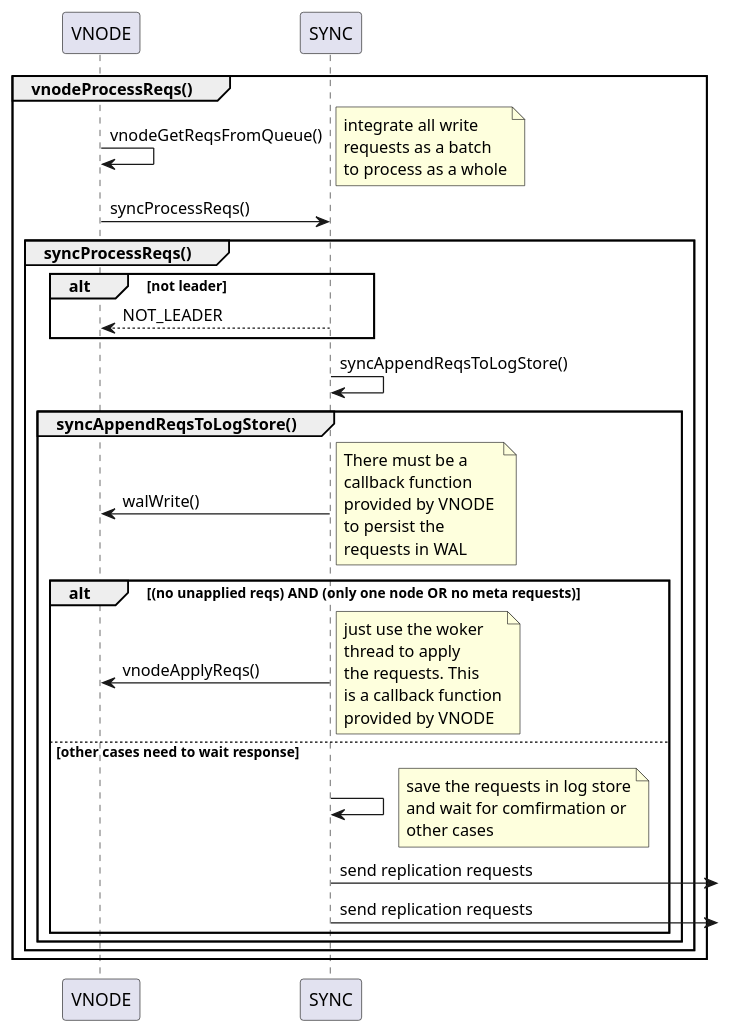
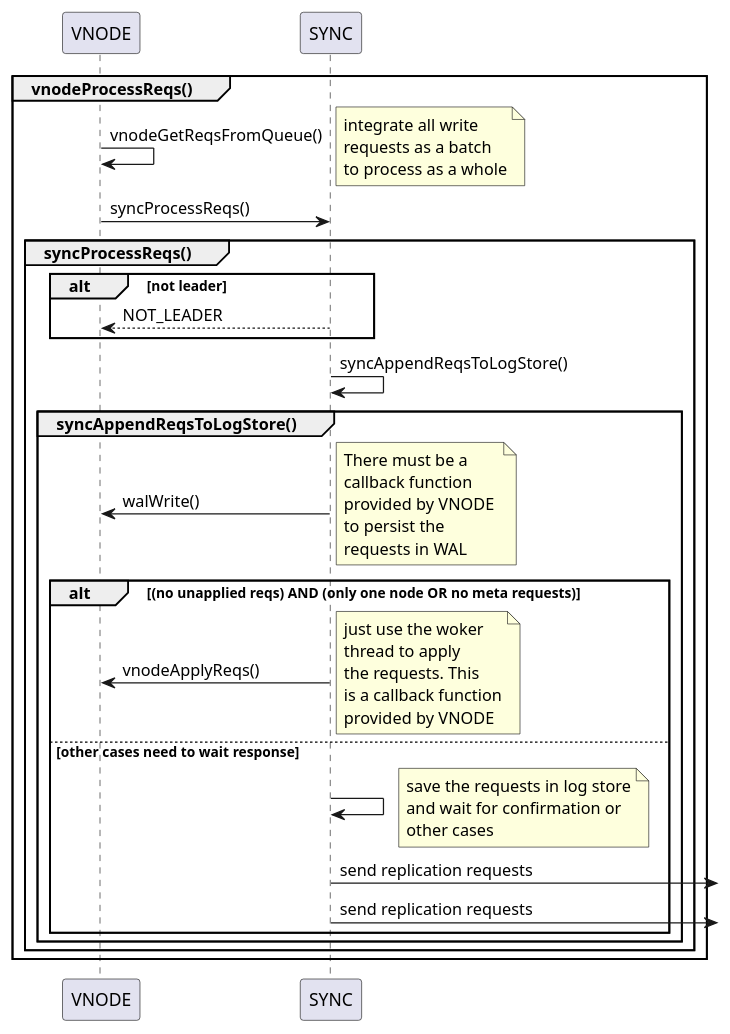
One commit to taosdata/TDengine changed the third of 4 diagrams in docs/doxgen/vnode_write.md. Above: the diagram before and after it, drawn with PlantUML. The commit also changed other lines of this file and 27 other files, not shown here.

````diff
--- a/docs/doxgen/vnode_write.md
+++ b/docs/doxgen/vnode_write.md
@@ -160,59 +160,59 @@
 ```plantuml
 @startuml vnodeProcessReqs()
 participant VNODE as v
 participant SYNC as s
 
 group vnodeProcessReqs()
     ' Group requests and get a request batch to process as a whole
     v -> v: vnodeGetReqsFromQueue()
     note right
     integrate all write
     requests as a batch
     to process as a whole
     end note
 
     ' VNODE call syncProcessReqs() function to process the batch request
     v -> s: syncProcessReqs()
 
     group syncProcessReqs()
         ' Check if current node is leader
         alt not leader
             return NOT_LEADER
         end
 
         s -> s: syncAppendReqsToLogStore()
         group syncAppendReqsToLogStore()
             s -> v: walWrite()
             note right
             There must be a 
             callback function 
             provided by VNODE 
             to persist the 
             requests in WAL
             end note
 
             alt (no unapplied reqs) AND (only one node OR no meta requests)
                 s -> v: vnodeApplyReqs()
                 note right
                 just use the woker
                 thread to apply
                 the requests. This
                 is a callback function
                 provided by VNODE
                 end note
             else other cases need to wait response
                 s -> s:
                 note right
                 save the requests in log store
-                and wait for comfirmation or
+                and wait for confirmation or
                 other cases
                 end note
 
                 s ->]: send replication requests
                 s ->]: send replication requests
             end
         end
     end
 end
 @enduml
 ```
````
